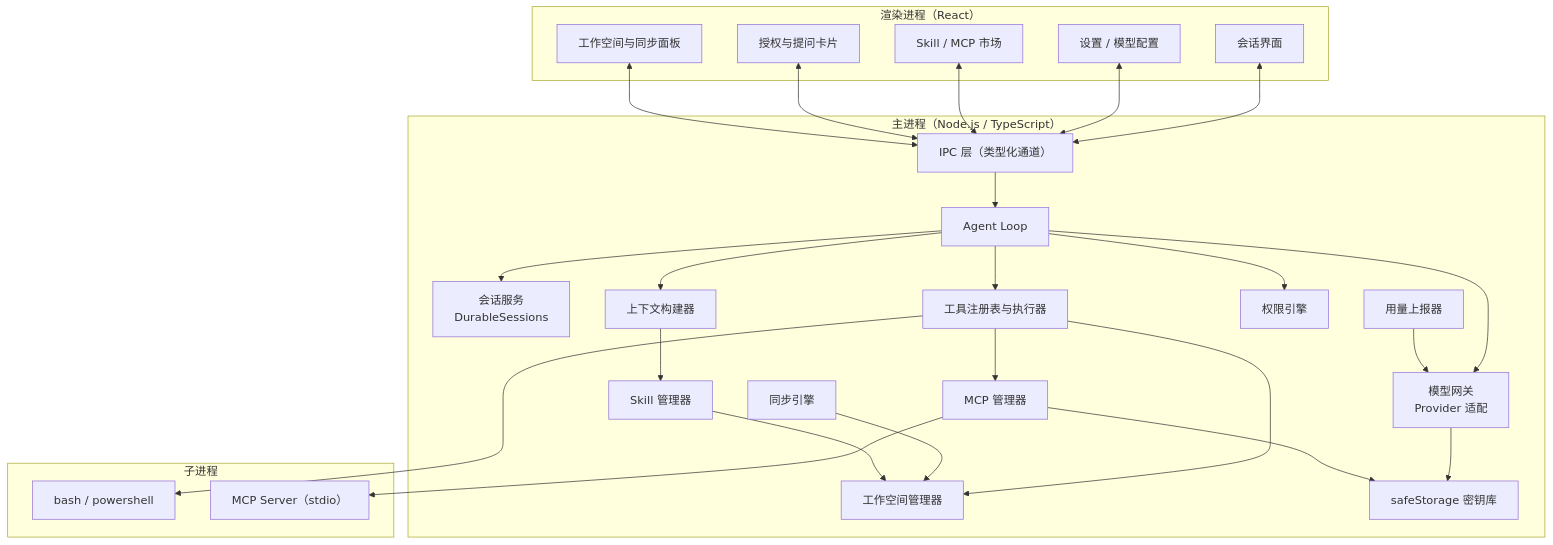
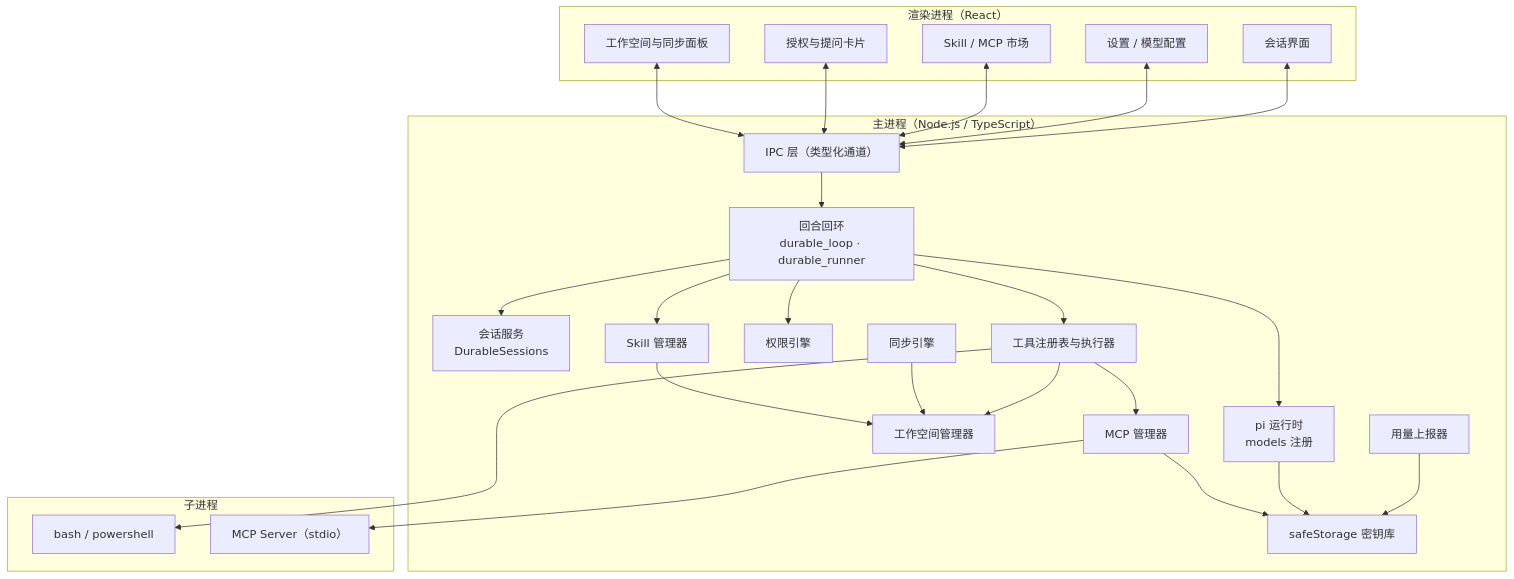
One commit to CQ-Developer/hu-agent changed the fourth of 13 diagrams in docs/design.md. Above: the diagram before and after it, drawn with Mermaid. The commit also changed other lines of this file and 12 other files, not shown here.

````diff
--- a/docs/design.md
+++ b/docs/design.md
@@ -302,53 +302,51 @@
 ```mermaid
 flowchart TB
   subgraph Renderer["渲染进程（React）"]
     ChatUI["会话界面"]
     SettingsUI["设置 / 模型配置"]
     MarketUI["Skill / MCP 市场"]
     ApproveUI["授权与提问卡片"]
     FsUI["工作空间与同步面板"]
   end
 
   subgraph Main["主进程（Node.js / TypeScript）"]
     IPC["IPC 层（类型化通道）"]
     Session["会话服务<br/>DurableSessions"]
-    Loop["Agent Loop"]
-    Ctx["上下文构建器"]
-    Gateway["模型网关<br/>Provider 适配"]
+    Loop["回合回环<br/>durable_loop · durable_runner"]
+    Runtime["pi 运行时<br/>models 注册"]
     Tools["工具注册表与执行器"]
     Perm["权限引擎"]
     WS["工作空间管理器"]
     SkillMgr["Skill 管理器"]
     McpMgr["MCP 管理器"]
     SyncEng["同步引擎"]
     Reporter["用量上报器"]
     KV["safeStorage 密钥库"]
   end
 
   subgraph Child["子进程"]
     Shell["bash / powershell"]
     MCPSrv["MCP Server（stdio）"]
   end
 
   ChatUI <--> IPC
   SettingsUI <--> IPC
   MarketUI <--> IPC
   ApproveUI <--> IPC
   FsUI <--> IPC
   IPC --> Loop
   Loop --> Session
-  Loop --> Ctx
-  Loop --> Gateway
+  Loop --> Runtime
   Loop --> Tools
   Loop --> Perm
-  Ctx --> SkillMgr
+  Loop --> SkillMgr
   Tools --> WS
   Tools --> Shell
   McpMgr --> MCPSrv
   Tools --> McpMgr
   SyncEng --> WS
-  Reporter --> Gateway
+  Reporter --> KV
   SkillMgr --> WS
-  Gateway --> KV
+  Runtime --> KV
   McpMgr --> KV
 ```
````
